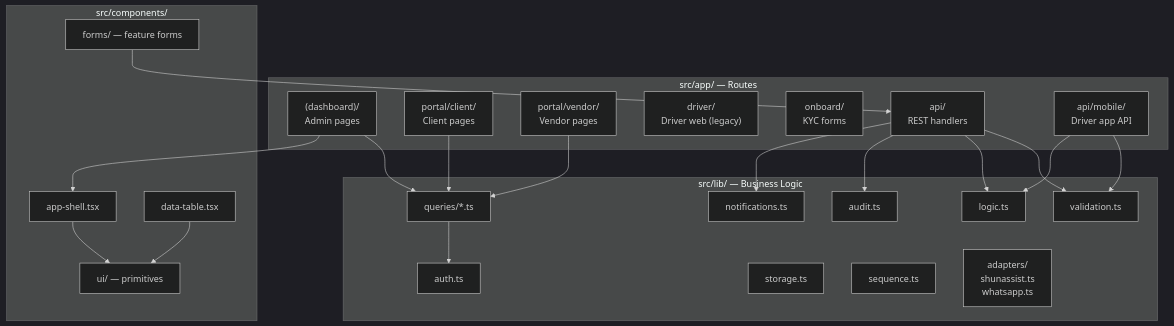
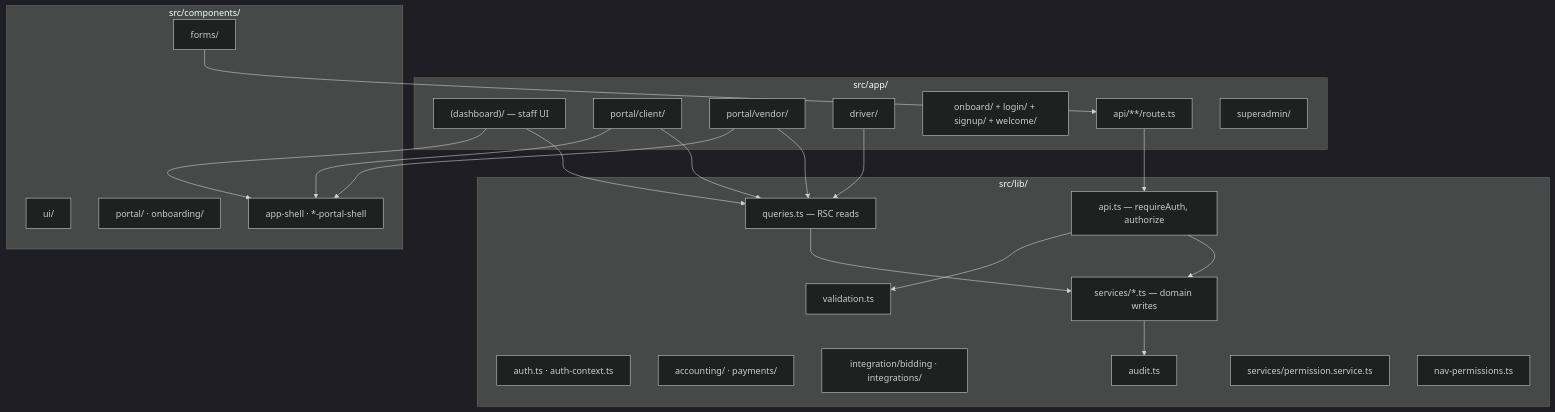
One commit to shunlink/tms changed diagram 14 of 20 in docs/ARCHITECTURE_AND_USER_FLOW.md. Above: the diagram before and after it, drawn with Mermaid (dark theme). The commit also changed other lines of this file and 7 other files, not shown here.

````diff
--- a/docs/ARCHITECTURE_AND_USER_FLOW.md
+++ b/docs/ARCHITECTURE_AND_USER_FLOW.md
@@ -503,47 +482,46 @@
 ```mermaid
 graph TB
-    subgraph "src/app/ — Routes"
-        DASH["(dashboard)/<br/>Admin pages"]
-        PC["portal/client/<br/>Client pages"]
-        PV["portal/vendor/<br/>Vendor pages"]
-        DRV["driver/<br/>Driver web (legacy)"]
-        ONB["onboard/<br/>KYC forms"]
-        API_R["api/<br/>REST handlers"]
-        MOB["api/mobile/<br/>Driver app API"]
+    subgraph "src/app/"
+        DASH["(dashboard)/ — staff UI"]
+        PC["portal/client/"]
+        PV["portal/vendor/"]
+        DRV["driver/"]
+        ONB["onboard/ + login/ + signup/ + welcome/"]
+        API_R["api/**/route.ts"]
+        SA["superadmin/"]
     end
 
-    subgraph "src/lib/ — Business Logic"
-        AUTH_L["auth.ts"]
-        QUERIES["queries/*.ts"]
+    subgraph "src/lib/"
+        AUTH_L["auth.ts · auth-context.ts"]
+        API_LIB["api.ts — requireAuth, authorize"]
+        QUERIES["queries.ts — RSC reads"]
+        SVC["services/*.ts — domain writes"]
+        ACCT["accounting/ · payments/"]
+        INT["integration/bidding · integrations/"]
         VALID["validation.ts"]
-        LOGIC["logic.ts"]
         AUDIT_L["audit.ts"]
-        NOTIFY_L["notifications.ts"]
-        STORAGE_L["storage.ts"]
-        SEQ["sequence.ts"]
-        ADAPTERS["adapters/<br/>shunassist.ts<br/>whatsapp.ts"]
+        PERM["services/permission.service.ts"]
+        NAV["nav-permissions.ts"]
     end
 
     subgraph "src/components/"
-        UI["ui/ — primitives"]
-        FORMS["forms/ — feature forms"]
-        SHELL["app-shell.tsx"]
-        TABLE["data-table.tsx"]
+        UI["ui/"]
+        FORMS["forms/"]
+        PORTAL["portal/ · onboarding/"]
+        SHELL["app-shell · *-portal-shell"]
     end
 
     DASH --> QUERIES
     PC --> QUERIES
     PV --> QUERIES
-    API_R --> VALID
-    API_R --> LOGIC
-    API_R --> AUDIT_L
-    API_R --> NOTIFY_L
-    MOB --> VALID
-    MOB --> LOGIC
-
-    QUERIES --> AUTH_L
+    DRV --> QUERIES
+    API_R --> API_LIB
+    API_LIB --> SVC
+    API_LIB --> VALID
+    SVC --> AUDIT_L
+    QUERIES --> SVC
+    DASH --> SHELL
+    PC --> SHELL
+    PV --> SHELL
     FORMS --> API_R
-    SHELL --> UI
-    DASH --> SHELL
-    TABLE --> UI
 ```
````
